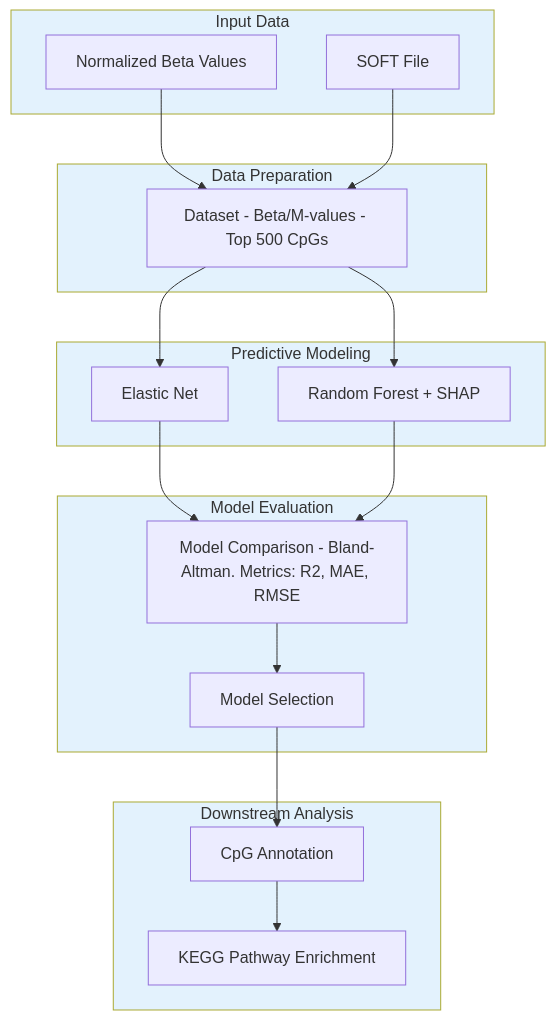
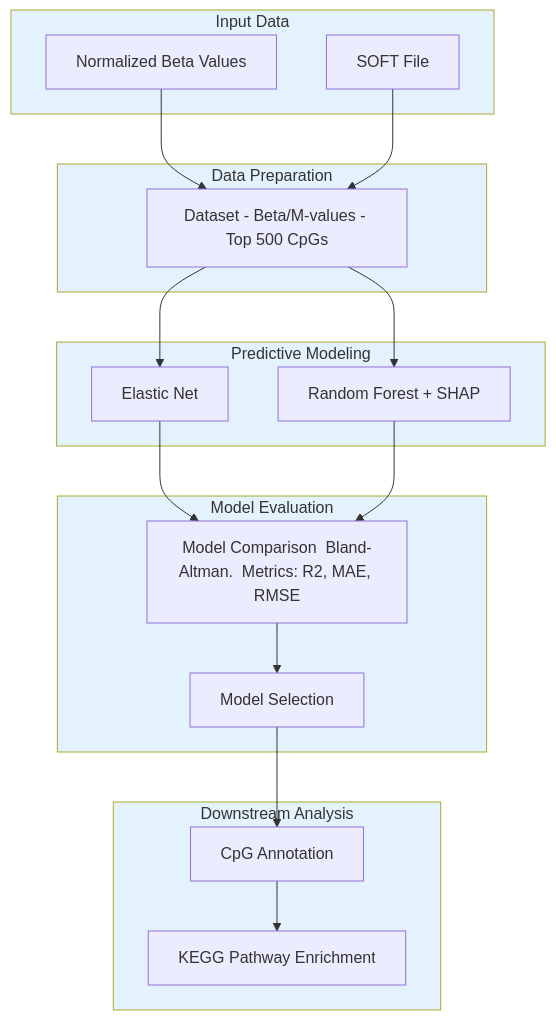
One commit to Magal88/BINF7700_Capstone_Eisik_Magali changed the diagram in README.md. Above: the diagram before and after it, drawn with Mermaid.

````diff
--- a/README.md
+++ b/README.md
@@ -10,42 +10,42 @@
 ```mermaid
 flowchart TD
     subgraph Input ["Input Data"]
         A[Normalized Beta Values]
         B[SOFT File ]
     end
 
     subgraph Prep ["Data Preparation"]
         C[Dataset - Beta/M-values - Top 500 CpGs]
     end
 
     subgraph Modeling ["Predictive Modeling"]
         D[Elastic Net]
         E[Random Forest + SHAP]
     end
 
     subgraph Evaluation ["Model Evaluation"]
-        F[Model Comparison - Bland-Altman. Metrics: R2, MAE, RMSE]
+        F[Model Comparison  Bland-Altman.  Metrics: R2, MAE, RMSE]
         G[Model Selection]
     end
 
     subgraph Analysis ["Downstream Analysis"]
         H[CpG Annotation]
         I[KEGG Pathway Enrichment]
     end
 
     A --> C
     B --> C
     C --> D
     C --> E
     D --> F
     E --> F
     F --> G
     G --> H
     H --> I
 
     style Input fill:#e3f2fd
     style Prep fill:#e3f2fd
     style Modeling fill:#e3f2fd
     style Evaluation fill:#e3f2fd
     style Analysis fill:#e3f2fd
 ```
````
